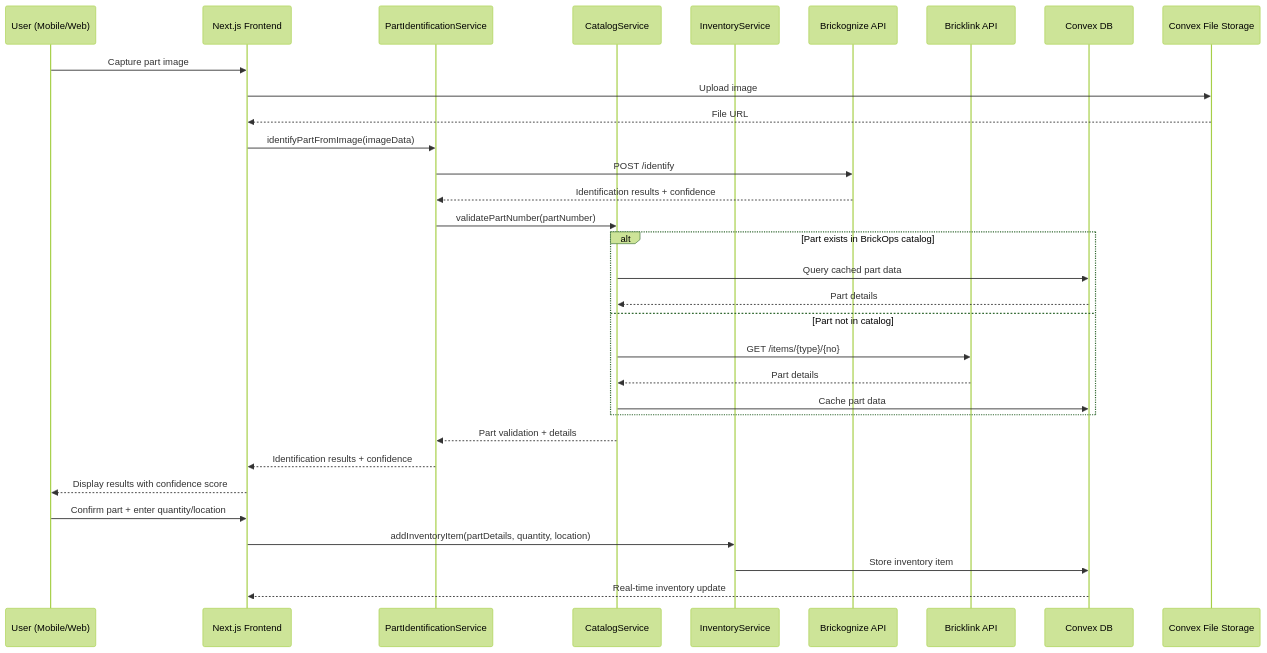
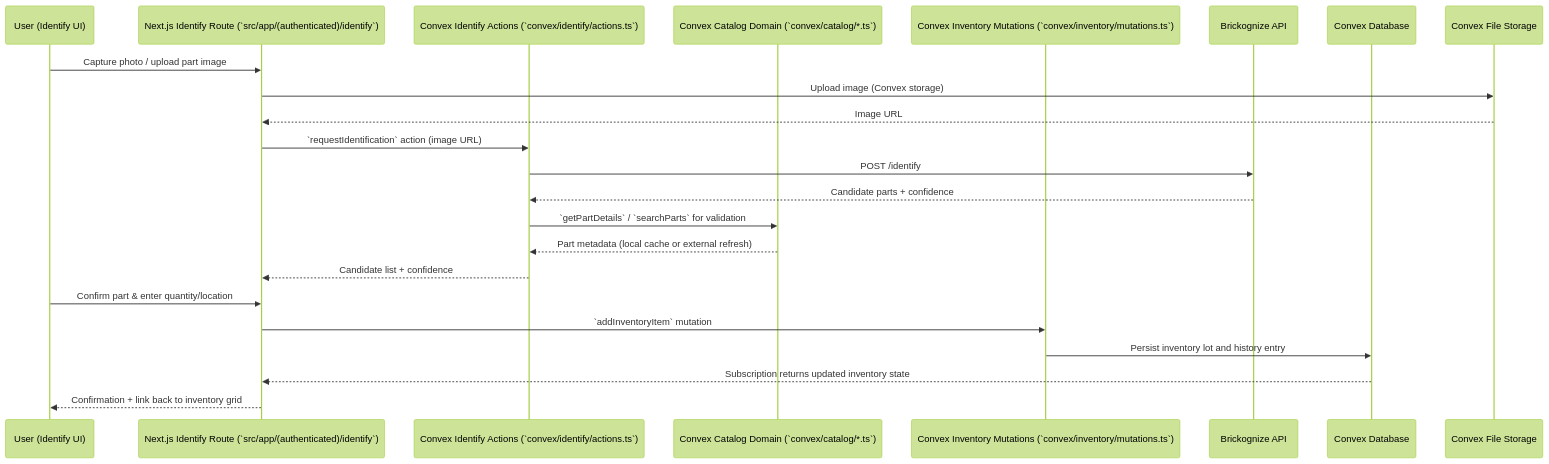
One commit to 1benisin/brickops changed the second of 3 diagrams in docs/architecture/frontend/core-workflows.md. Above: the diagram before and after it, drawn with Mermaid (forest theme). The commit also changed other lines of this file and 181 other files, not shown here.

````diff
--- a/docs/architecture/frontend/core-workflows.md
+++ b/docs/architecture/frontend/core-workflows.md
@@ -43,39 +43,28 @@
 ```mermaid
 sequenceDiagram
-    participant User as User (Mobile/Web)
-    participant UI as Next.js Frontend
-    participant Identify as PartIdentificationService
-    participant Catalog as CatalogService
-    participant Inventory as InventoryService
+    participant User as User (Identify UI)
+    participant Next as Next.js Identify Route (`src/app/(authenticated)/identify`)
+    participant Identify as Convex Identify Actions (`convex/identify/actions.ts`)
+    participant Catalog as Convex Catalog Domain (`convex/catalog/*.ts`)
+    participant Inventory as Convex Inventory Mutations (`convex/inventory/mutations.ts`)
     participant Brickognize as Brickognize API
-    participant Bricklink as Bricklink API
-    participant DB as Convex DB
+    participant DB as Convex Database
     participant Files as Convex File Storage
 
-    User->>UI: Capture part image
-    UI->>Files: Upload image
-    Files-->>UI: File URL
+    User->>Next: Capture photo / upload part image
+    Next->>Files: Upload image (Convex storage)
+    Files-->>Next: Image URL
 
-    UI->>Identify: identifyPartFromImage(imageData)
+    Next->>Identify: `requestIdentification` action (image URL)
     Identify->>Brickognize: POST /identify
-    Brickognize-->>Identify: Identification results + confidence
+    Brickognize-->>Identify: Candidate parts + confidence
+    Identify->>Catalog: `getPartDetails` / `searchParts` for validation
+    Catalog-->>Identify: Part metadata (local cache or external refresh)
+    Identify-->>Next: Candidate list + confidence
 
-    Identify->>Catalog: validatePartNumber(partNumber)
-    alt Part exists in BrickOps catalog
-        Catalog->>DB: Query cached part data
-        DB-->>Catalog: Part details
-    else Part not in catalog
-        Catalog->>Bricklink: GET /items/{type}/{no}
-        Bricklink-->>Catalog: Part details
-        Catalog->>DB: Cache part data
-    end
-
-    Catalog-->>Identify: Part validation + details
-    Identify-->>UI: Identification results + confidence
-
-    UI-->>User: Display results with confidence score
-    User->>UI: Confirm part + enter quantity/location
-    UI->>Inventory: addInventoryItem(partDetails, quantity, location)
-    Inventory->>DB: Store inventory item
-    DB-->>UI: Real-time inventory update
+    User->>Next: Confirm part & enter quantity/location
+    Next->>Inventory: `addInventoryItem` mutation
+    Inventory->>DB: Persist inventory lot and history entry
+    DB-->>Next: Subscription returns updated inventory state
+    Next-->>User: Confirmation + link back to inventory grid
 ```
````
